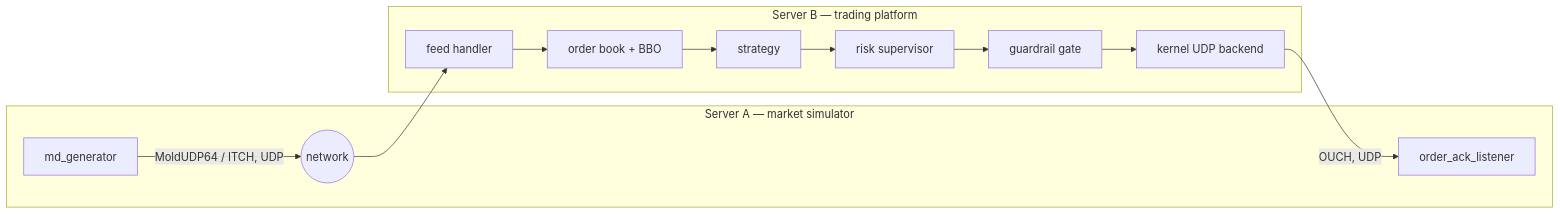
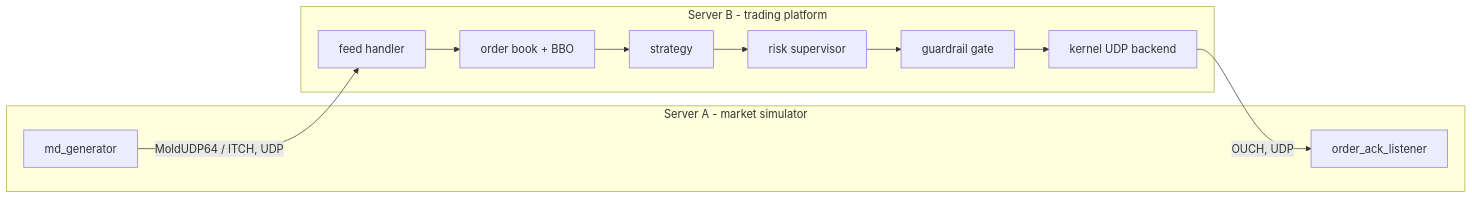
Before and after one commit to AB-Coder96/fpga-gated-execution-platform: the diagram in README.md, drawn with Mermaid. The commit also changed other lines of this file, not shown here.

Commit message:
feat(net): add UDP receive helper (blocking recv + optional SO_TIMESTAMPING)

````diff
--- a/README.md
+++ b/README.md
@@ -15,16 +15,19 @@
 ```mermaid
 flowchart LR
-    subgraph A["Server A — market simulator"]
-        GEN[md_generator] -->|MoldUDP64 / ITCH, UDP| NET((network))
+    GEN[md_generator] -->|MoldUDP64 / ITCH, UDP| FH[feed handler]
+
+    subgraph serverA["Server A - market simulator"]
+        GEN
         LIS[order_ack_listener]
     end
-    subgraph B["Server B — trading platform"]
-        NET --> FH[feed handler]
+
+    subgraph serverB["Server B - trading platform"]
         FH --> BOOK[order book + BBO]
         BOOK --> STRAT[strategy]
         STRAT --> RISK[risk supervisor]
         RISK --> GATE[guardrail gate]
         GATE --> EXEC[kernel UDP backend]
-        EXEC -->|OUCH, UDP| LIS
     end
+
+    EXEC -->|OUCH, UDP| LIS
 ```
````
